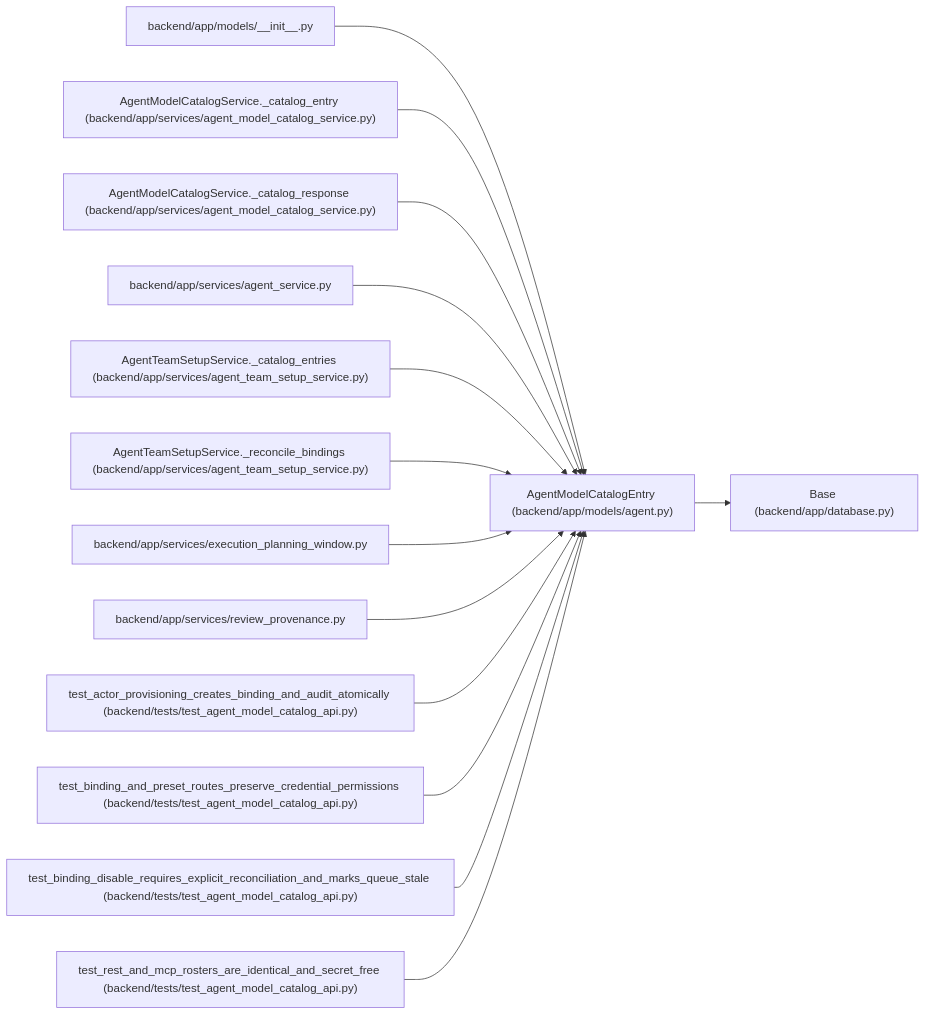
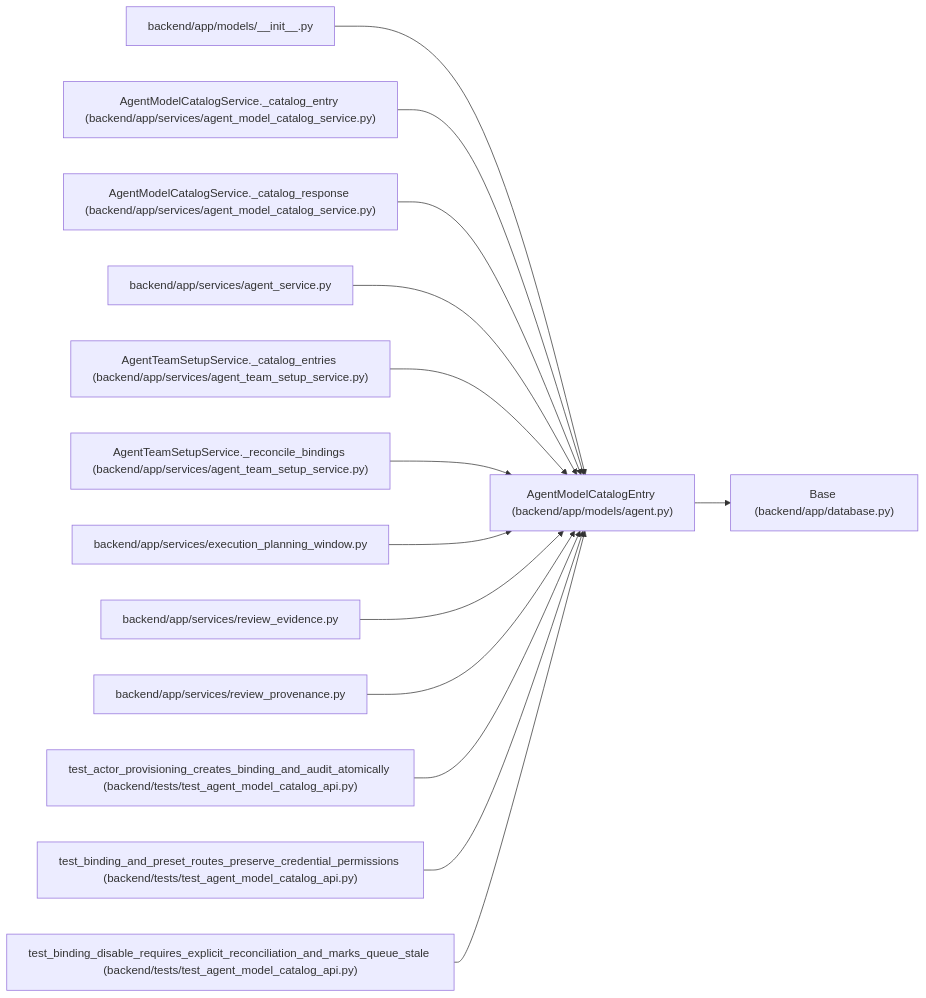
Before and after one commit to Denissvgn/WorkChord: the diagram in docs/llm_wiki/entities/models_agent_AgentModelCatalogEntry.md, drawn with Mermaid. The commit also changed other lines of this file and 891 other files, not shown here.

Commit message:
Document candidate-bound evidence and independent review policy

````diff
--- a/docs/llm_wiki/entities/models_agent_AgentModelCatalogEntry.md
+++ b/docs/llm_wiki/entities/models_agent_AgentModelCatalogEntry.md
@@ -40,44 +40,44 @@
 ```mermaid
 flowchart LR
     n0["AgentModelCatalogEntry (backend/app/models/agent.py)"]
     n1["Base (backend/app/database.py)"]
     n2["backend/app/models/__init__.py"]
     n3["AgentModelCatalogService._catalog_entry (backend/app/services/agent_model_catalog_service.py)"]
     n4["AgentModelCatalogService._catalog_response (backend/app/services/agent_model_catalog_service.py)"]
     n5["backend/app/services/agent_service.py"]
     n6["AgentTeamSetupService._catalog_entries (backend/app/services/agent_team_setup_service.py)"]
     n7["AgentTeamSetupService._reconcile_bindings (backend/app/services/agent_team_setup_service.py)"]
     n8["backend/app/services/execution_planning_window.py"]
-    n9["backend/app/services/review_provenance.py"]
-    n10["test_actor_provisioning_creates_binding_and_audit_atomically (backend/tests/test_agent_model_catalog_api.py)"]
-    n11["test_binding_and_preset_routes_preserve_credential_permissions (backend/tests/test_agent_model_catalog_api.py)"]
-    n12["test_binding_disable_requires_explicit_reconciliation_and_marks_queue_stale (backend/tests/test_agent_model_catalog_api.py)"]
-    n13["test_rest_and_mcp_rosters_are_identical_and_secret_free (backend/tests/test_agent_model_catalog_api.py)"]
+    n9["backend/app/services/review_evidence.py"]
+    n10["backend/app/services/review_provenance.py"]
+    n11["test_actor_provisioning_creates_binding_and_audit_atomically (backend/tests/test_agent_model_catalog_api.py)"]
+    n12["test_binding_and_preset_routes_preserve_credential_permissions (backend/tests/test_agent_model_catalog_api.py)"]
+    n13["test_binding_disable_requires_explicit_reconciliation_and_marks_queue_stale (backend/tests/test_agent_model_catalog_api.py)"]
     n0 --> n1
     n2 --> n0
     n3 --> n0
     n4 --> n0
     n5 --> n0
     n6 --> n0
     n7 --> n0
     n8 --> n0
     n9 --> n0
     n10 --> n0
     n11 --> n0
     n12 --> n0
     n13 --> n0
     click n0 "../modules/models_agent.md"
     click n1 "../modules/app_database.md"
     click n2 "../modules/models___init__.md"
     click n3 "../modules/agent_model_catalog_service.md"
     click n4 "../modules/agent_model_catalog_service.md"
     click n5 "../modules/agent_service.md"
     click n6 "../modules/agent_team_setup_service.md"
     click n7 "../modules/agent_team_setup_service.md"
     click n8 "../modules/execution_planning_window.md"
-    click n9 "../modules/review_provenance.md"
-    click n10 "../modules/test_agent_model_catalog_api.md"
+    click n9 "../modules/services_review_evidence.md"
+    click n10 "../modules/review_provenance.md"
     click n11 "../modules/test_agent_model_catalog_api.md"
     click n12 "../modules/test_agent_model_catalog_api.md"
     click n13 "../modules/test_agent_model_catalog_api.md"
 ```
````
